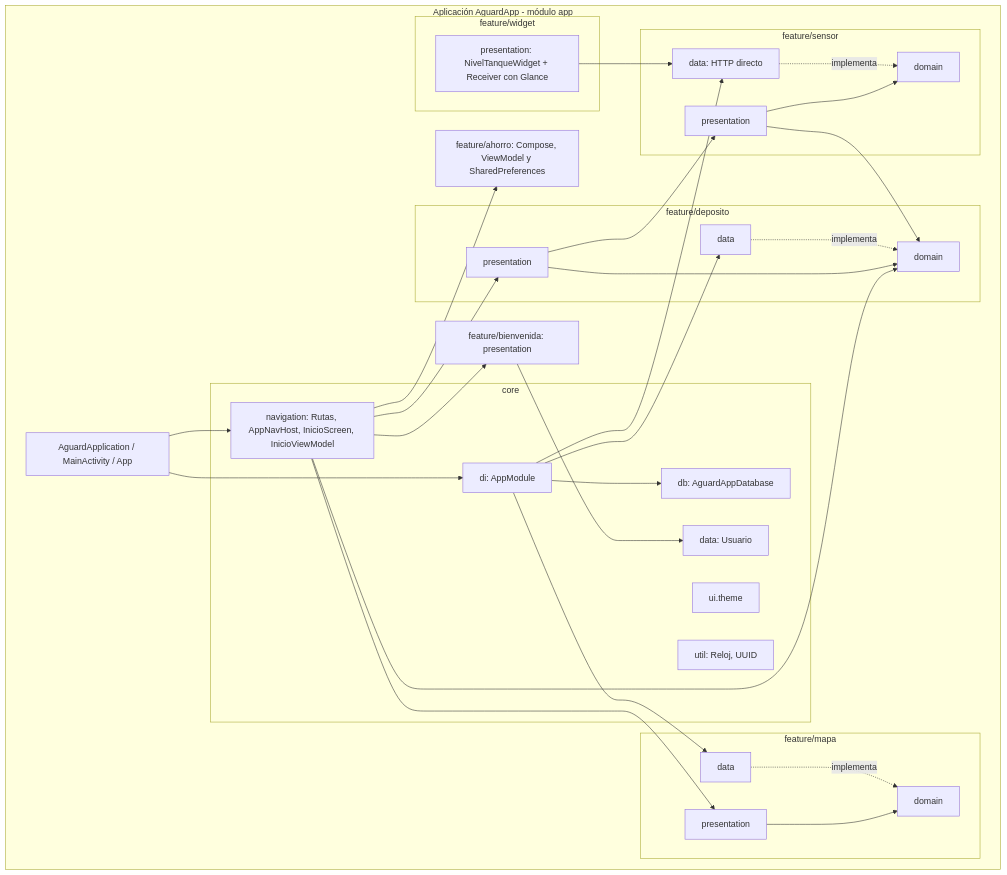
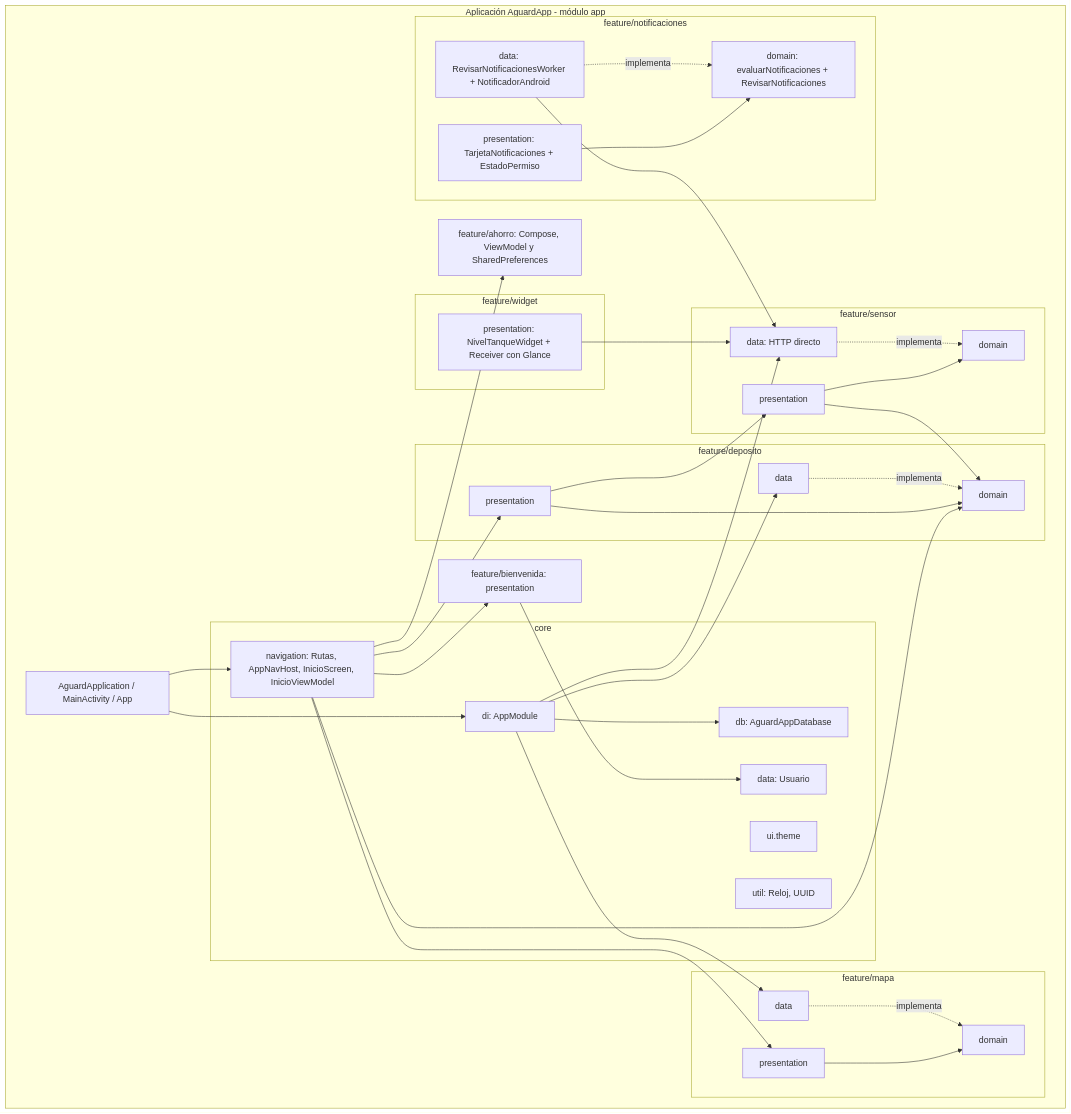
The third of 23 diagrams in informes/FD04-SAD.md (Cristhian465/Aguarda), drawn with Mermaid before and after one commit. The commit also changed 23 other files, not shown here.

````diff
--- a/informes/FD04-SAD.md
+++ b/informes/FD04-SAD.md
@@ -162,56 +162,64 @@
 ```mermaid
 flowchart TB
   subgraph APP[Aplicación AguardApp - módulo app]
     MAIN[AguardApplication / MainActivity / App]
     subgraph CORE[core]
       NAV[navigation: Rutas, AppNavHost, InicioScreen, InicioViewModel]
       DI[di: AppModule]
       DB[db: AguardAppDatabase]
       DATA[data: Usuario]
       THEME[ui.theme]
       UTIL[util: Reloj, UUID]
     end
     BIEN[feature/bienvenida: presentation]
     AHORRO[feature/ahorro: Compose, ViewModel y SharedPreferences]
     subgraph DEP[feature/deposito]
       PRES[presentation]
       DOM[domain]
       DAT[data]
     end
     subgraph MAPA[feature/mapa]
       MPRES[presentation]
       MDOM[domain]
       MDAT[data]
     end
     subgraph SEN[feature/sensor]
       SPRES[presentation]
       SDOM[domain]
       SDAT[data: HTTP directo]
     end
     subgraph WID[feature/widget]
       WPRES[presentation: NivelTanqueWidget + Receiver con Glance]
     end
     WPRES --> SDAT
+    subgraph NOT[feature/notificaciones]
+      NPRES[presentation: TarjetaNotificaciones + EstadoPermiso]
+      NDOM[domain: evaluarNotificaciones + RevisarNotificaciones]
+      NDAT[data: RevisarNotificacionesWorker + NotificadorAndroid]
+    end
+    NPRES --> NDOM
+    NDAT -. implementa .-> NDOM
+    NDAT --> SDAT
 
     MAIN --> NAV
     MAIN --> DI
     NAV --> BIEN
     NAV --> AHORRO
     NAV --> PRES
     NAV --> DOM
     NAV --> MPRES
     PRES --> DOM
     DAT -. implementa .-> DOM
     MPRES --> MDOM
     MDAT -. implementa .-> MDOM
     PRES --> SPRES
     SPRES --> SDOM
     SPRES --> DOM
     SDAT -. implementa .-> SDOM
     DI --> DB
     DI --> DAT
     DI --> MDAT
     DI --> SDAT
     BIEN --> DATA
   end
 ```
````
